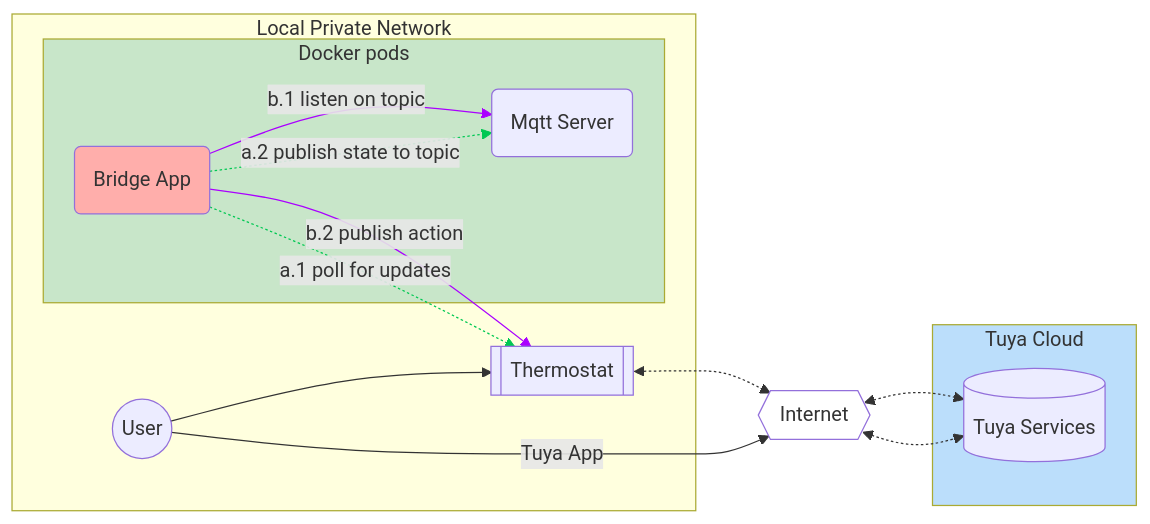
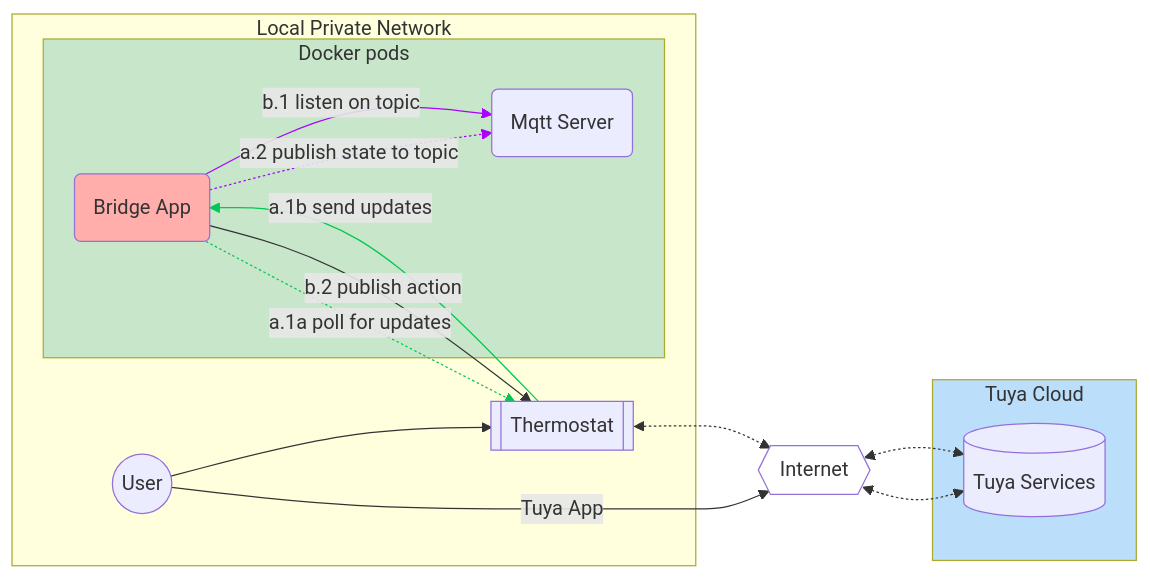
Before and after one commit to marius-cornescu/python.moes_thermostat_bridge: the diagram in README.md, drawn with Mermaid. The commit also changed other lines of this file, not shown here.

````diff
--- a/README.md
+++ b/README.md
@@ -9,33 +9,34 @@
 ```mermaid
 flowchart LR
  subgraph DOCKER["Docker pods"]
         S("Mqtt Server")
         BR("Bridge App")
   end
  subgraph LN["Local Private Network"]
         U(("User"))
         TH[["Thermostat"]]
         DOCKER
   end
  subgraph PC["Tuya Cloud"]
         TUYA_CLOUD[("Tuya Services")]
   end
     U -- Tuya App --> I{{"Internet"}}
     U --> TH
-    BR -. "a.1 poll for updates" .-> TH
+    BR -. "a.1a poll for updates" .-> TH
+    TH -- "a.1b send updates" --> BR
     BR -. "a.2 publish state to topic" .-> S
     BR -- "b.1 listen on topic" --> S
     BR -- "b.2 publish action" --> TH
     TH <-.-> I
     I <-.-> TUYA_CLOUD & TUYA_CLOUD
 
     style BR fill:#FFAEAB
     style DOCKER fill:#C8E6C9
     style I fill:#FFFFFF
     style PC fill:#BBDEFB
     linkStyle 2 stroke:#00C853
     linkStyle 3 stroke:#00C853,fill:none
     linkStyle 4 stroke:#AA00FF,fill:none
     linkStyle 5 stroke:#AA00FF,fill:none
 
 ```
````
